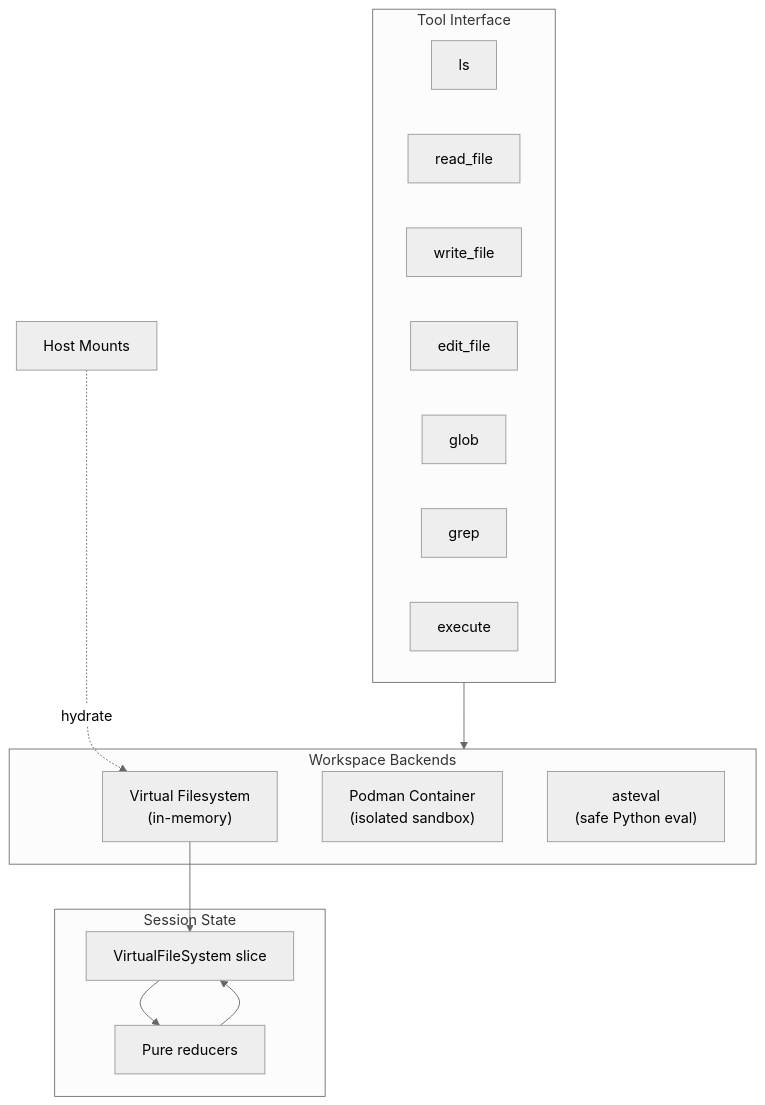
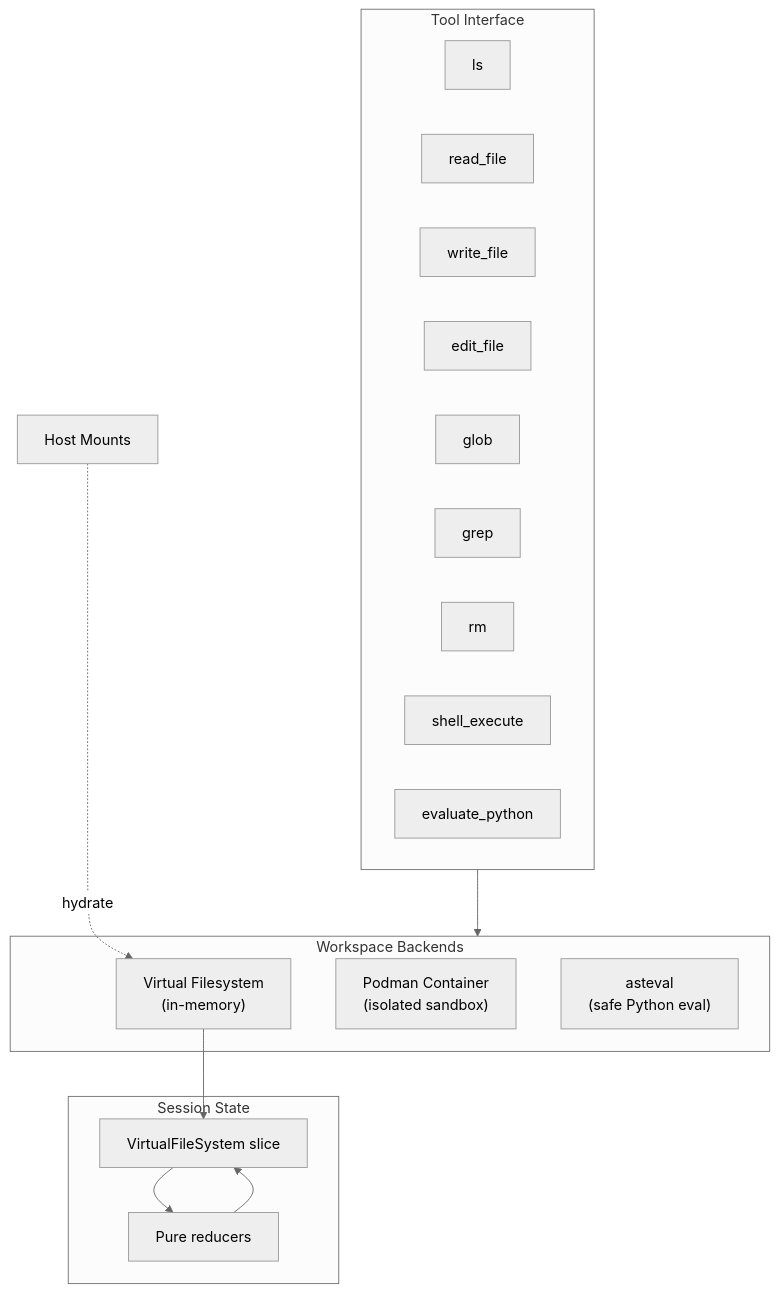
Before and after one commit to weakincentives/weakincentives: the first of 2 diagrams in specs/WORKSPACE.md, drawn with Mermaid (neutral theme). The commit also changed other lines of this file and 21 other files, not shown here.

````diff
--- a/specs/WORKSPACE.md
+++ b/specs/WORKSPACE.md
@@ -19,30 +22,32 @@
 ```mermaid
 flowchart TB
     subgraph Backends["Workspace Backends"]
         VFS["Virtual Filesystem<br/>(in-memory)"]
         Podman["Podman Container<br/>(isolated sandbox)"]
         Asteval["asteval<br/>(safe Python eval)"]
     end
 
     subgraph Tools["Tool Interface"]
         LS["ls"]
         Read["read_file"]
         Write["write_file"]
         Edit["edit_file"]
         Glob["glob"]
         Grep["grep"]
-        Exec["execute"]
+        RM["rm"]
+        Shell["shell_execute"]
+        Eval["evaluate_python"]
     end
 
     subgraph State["Session State"]
         VfsSlice["VirtualFileSystem slice"]
         Reducers["Pure reducers"]
     end
 
     Tools --> Backends
     VFS --> VfsSlice
     VfsSlice --> Reducers
     Reducers --> VfsSlice
 
     HostMount["Host Mounts"] -.->|hydrate| VFS
 ```
````
